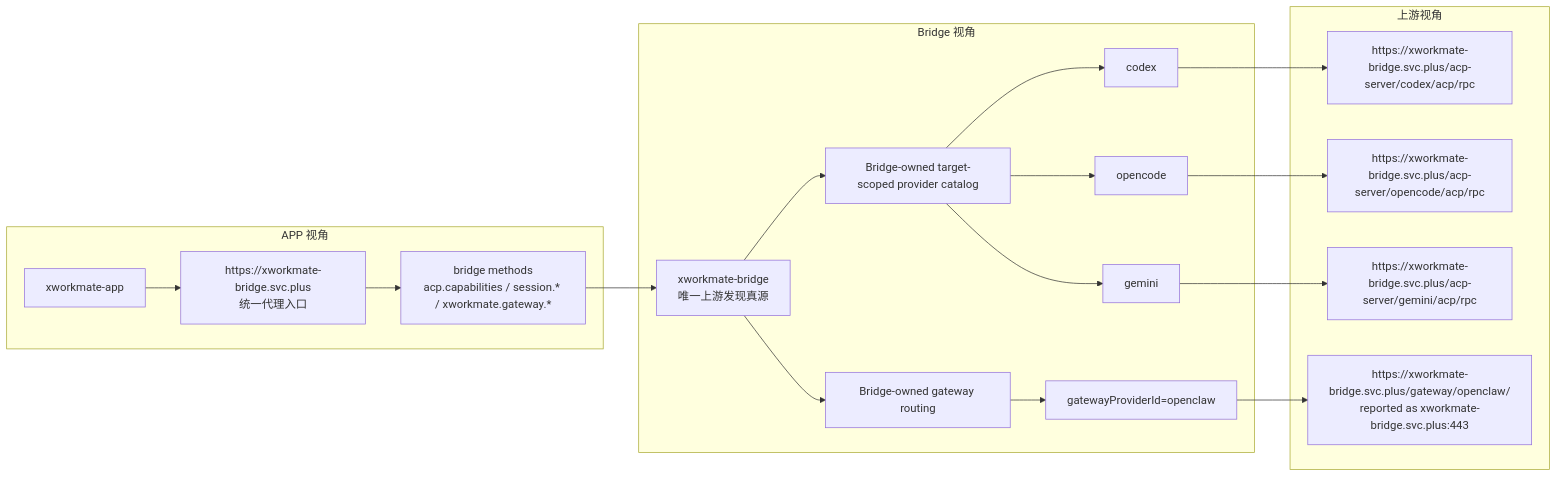
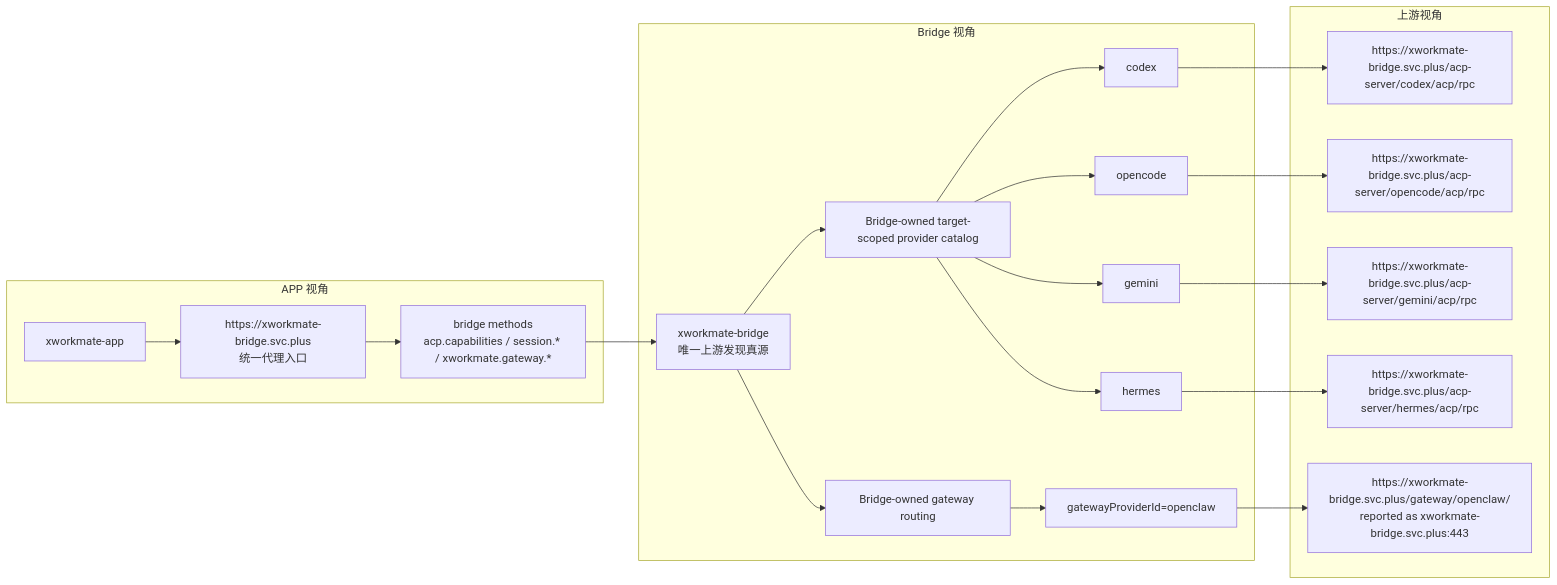
The second of 2 diagrams in docs/architecture/acp-forwarding-topology.md (ai-workspace-lab/xworkmate-bridge), drawn with Mermaid before and after one commit. The commit also changed other lines of this file and 4 other files, not shown here.

Commit message:
Document live xworkmate bridge topology

````diff
--- a/docs/architecture/acp-forwarding-topology.md
+++ b/docs/architecture/acp-forwarding-topology.md
@@ -79,44 +82,48 @@
 ```mermaid
 flowchart LR
     subgraph L1["APP 视角"]
         APP["xworkmate-app"]
         APPENTRY["https://xworkmate-bridge.svc.plus<br/>统一代理入口"]
         APPMETHODS["bridge methods<br/>acp.capabilities / session.* / xworkmate.gateway.*"]
         APP --> APPENTRY
         APPENTRY --> APPMETHODS
     end
 
     subgraph L2["Bridge 视角"]
         BRIDGE["xworkmate-bridge<br/>唯一上游发现真源"]
 
         CAP["Bridge-owned target-scoped provider catalog"]
         CAP1["codex"]
         CAP2["opencode"]
         CAP3["gemini"]
+        CAP4["hermes"]
 
         GW["Bridge-owned gateway routing"]
         GW1["gatewayProviderId=openclaw"]
 
         BRIDGE --> CAP
         CAP --> CAP1
         CAP --> CAP2
         CAP --> CAP3
+        CAP --> CAP4
 
         BRIDGE --> GW
         GW --> GW1
     end
 
     subgraph L3["上游视角"]
         U1["https://xworkmate-bridge.svc.plus/acp-server/codex/acp/rpc"]
         U2["https://xworkmate-bridge.svc.plus/acp-server/opencode/acp/rpc"]
         U3["https://xworkmate-bridge.svc.plus/acp-server/gemini/acp/rpc"]
-        U4["https://xworkmate-bridge.svc.plus/gateway/openclaw/<br/>reported as xworkmate-bridge.svc.plus:443"]
+        U4["https://xworkmate-bridge.svc.plus/acp-server/hermes/acp/rpc"]
+        U5["https://xworkmate-bridge.svc.plus/gateway/openclaw/<br/>reported as xworkmate-bridge.svc.plus:443"]
     end
 
     APPMETHODS --> BRIDGE
 
     CAP1 --> U1
     CAP2 --> U2
     CAP3 --> U3
-    GW1 --> U4
+    CAP4 --> U4
+    GW1 --> U5
 ```
````
